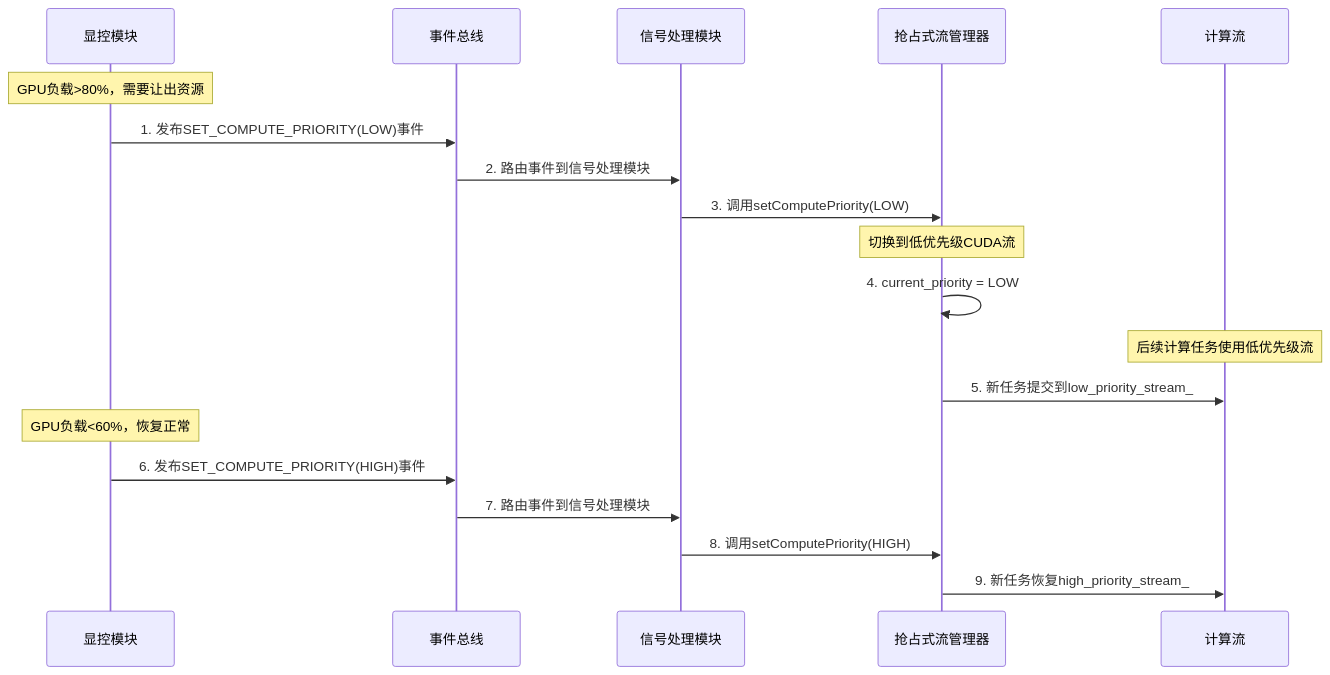
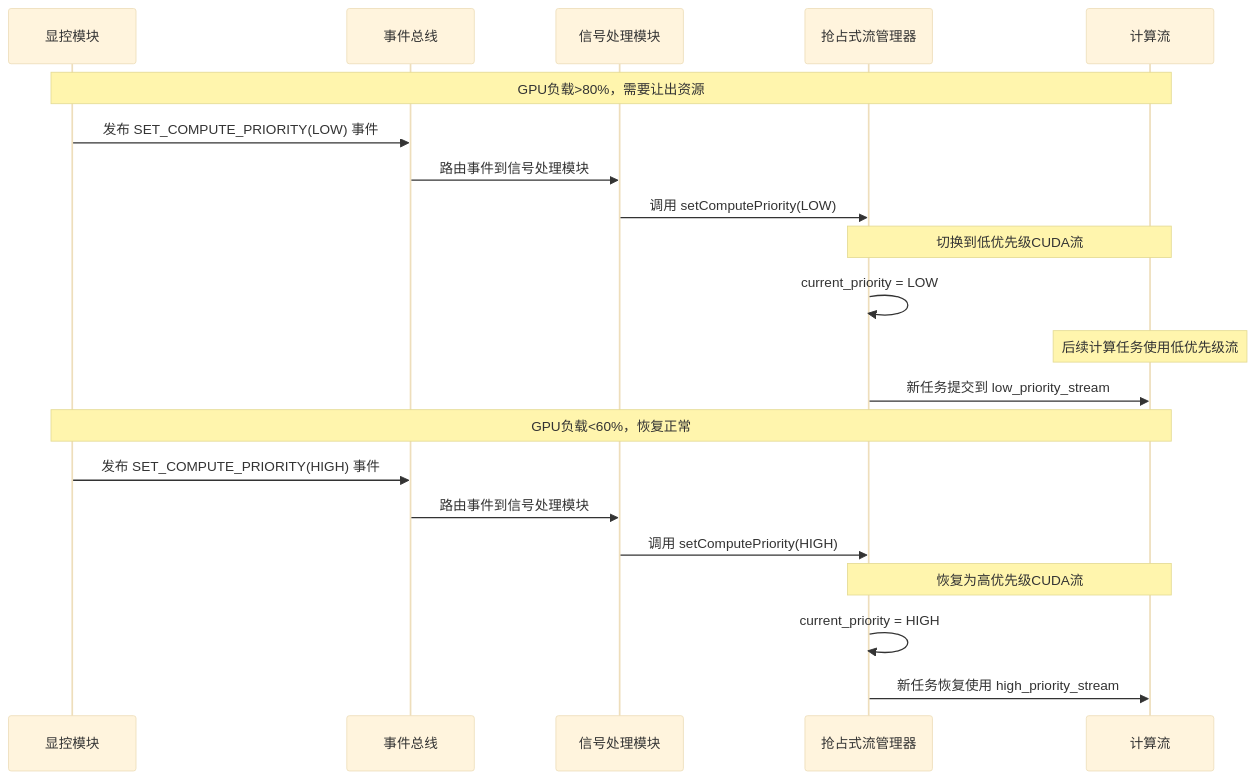
One commit to wendizhou99-cell/Radar changed the eighth of 11 diagrams in docs/01_项目设计/02_模块设计/02_信号处理模块设计.md. Above: the diagram before and after it, drawn with Mermaid. The commit also changed other lines of this file and 26 other files, not shown here.

First line of the commit message:
docs: 完成数据架构文档系列重构和Mermaid可视化指南增强

````diff
--- a/docs/01_项目设计/02_模块设计/02_信号处理模块设计.md
+++ b/docs/01_项目设计/02_模块设计/02_信号处理模块设计.md
@@ -401,26 +661,35 @@
 ```mermaid
+---
+config:
+  theme: base
+  flowchart:
+    curve: basis
+---
 sequenceDiagram
     participant DisplayController as 显控模块
     participant EventBus as 事件总线
     participant SignalProcessor as 信号处理模块
     participant StreamManager as 抢占式流管理器
     participant Compute as 计算流
 
-    Note over DisplayController: GPU负载>80%，需要让出资源
+    Note over DisplayController, Compute: GPU负载>80%，需要让出资源
 
-    DisplayController->>EventBus: 1. 发布SET_COMPUTE_PRIORITY(LOW)事件
-    EventBus->>SignalProcessor: 2. 路由事件到信号处理模块
-    SignalProcessor->>StreamManager: 3. 调用setComputePriority(LOW)
+    DisplayController->>EventBus: 发布 SET_COMPUTE_PRIORITY(LOW) 事件
+    EventBus->>SignalProcessor: 路由事件到信号处理模块
+    SignalProcessor->>StreamManager: 调用 setComputePriority(LOW)
 
-    Note over StreamManager: 切换到低优先级CUDA流
-    StreamManager->>StreamManager: 4. current_priority = LOW
+    Note over StreamManager, Compute: 切换到低优先级CUDA流
+    StreamManager->>StreamManager: current_priority = LOW
 
-    Note over Compute: 后续计算任务使用低优先级流
-    StreamManager->>Compute: 5. 新任务提交到low_priority_stream_
+    Note over Compute, Compute: 后续计算任务使用低优先级流
+    StreamManager->>Compute: 新任务提交到 low_priority_stream
 
-    Note over DisplayController: GPU负载<60%，恢复正常
-    DisplayController->>EventBus: 6. 发布SET_COMPUTE_PRIORITY(HIGH)事件
-    EventBus->>SignalProcessor: 7. 路由事件到信号处理模块
-    SignalProcessor->>StreamManager: 8. 调用setComputePriority(HIGH)
-    StreamManager->>Compute: 9. 新任务恢复high_priority_stream_
+    Note over DisplayController, Compute: GPU负载<60%，恢复正常
+    DisplayController->>EventBus: 发布 SET_COMPUTE_PRIORITY(HIGH) 事件
+    EventBus->>SignalProcessor: 路由事件到信号处理模块
+    SignalProcessor->>StreamManager: 调用 setComputePriority(HIGH)
+
+    Note over StreamManager, Compute: 恢复为高优先级CUDA流
+    StreamManager->>StreamManager: current_priority = HIGH
+    StreamManager->>Compute: 新任务恢复使用 high_priority_stream
 ```
````
